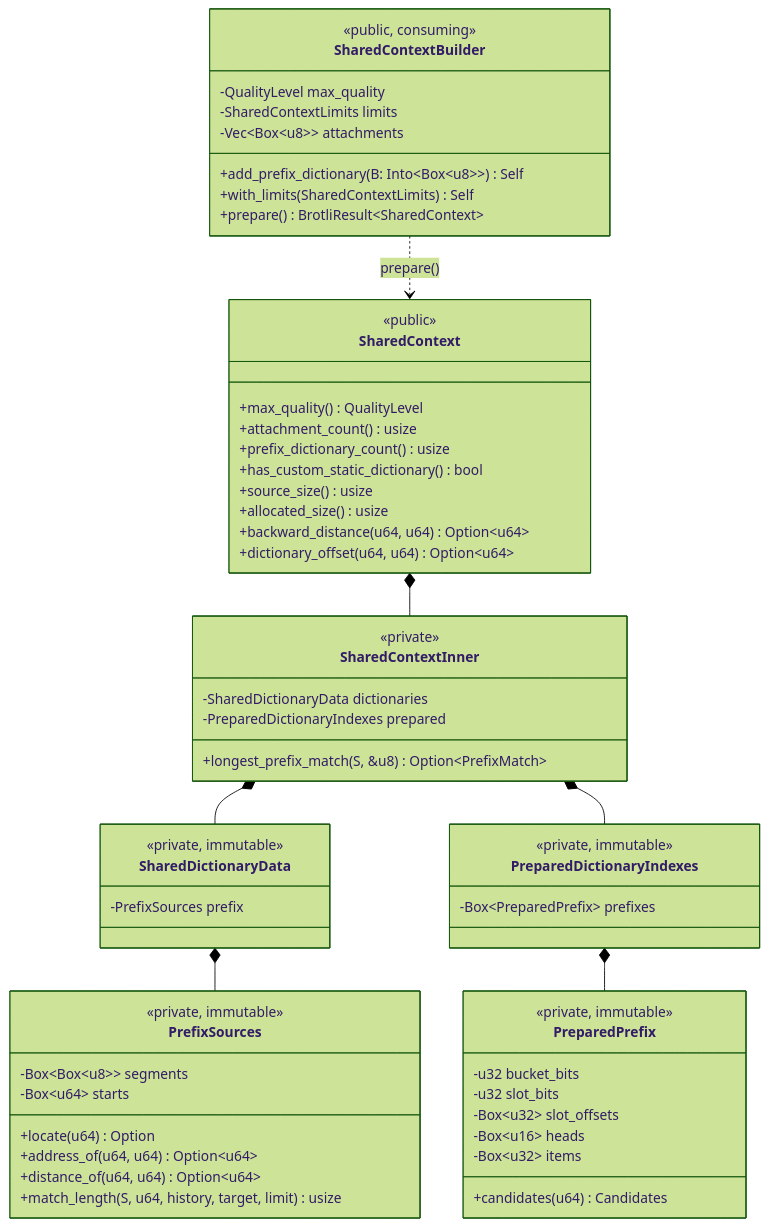
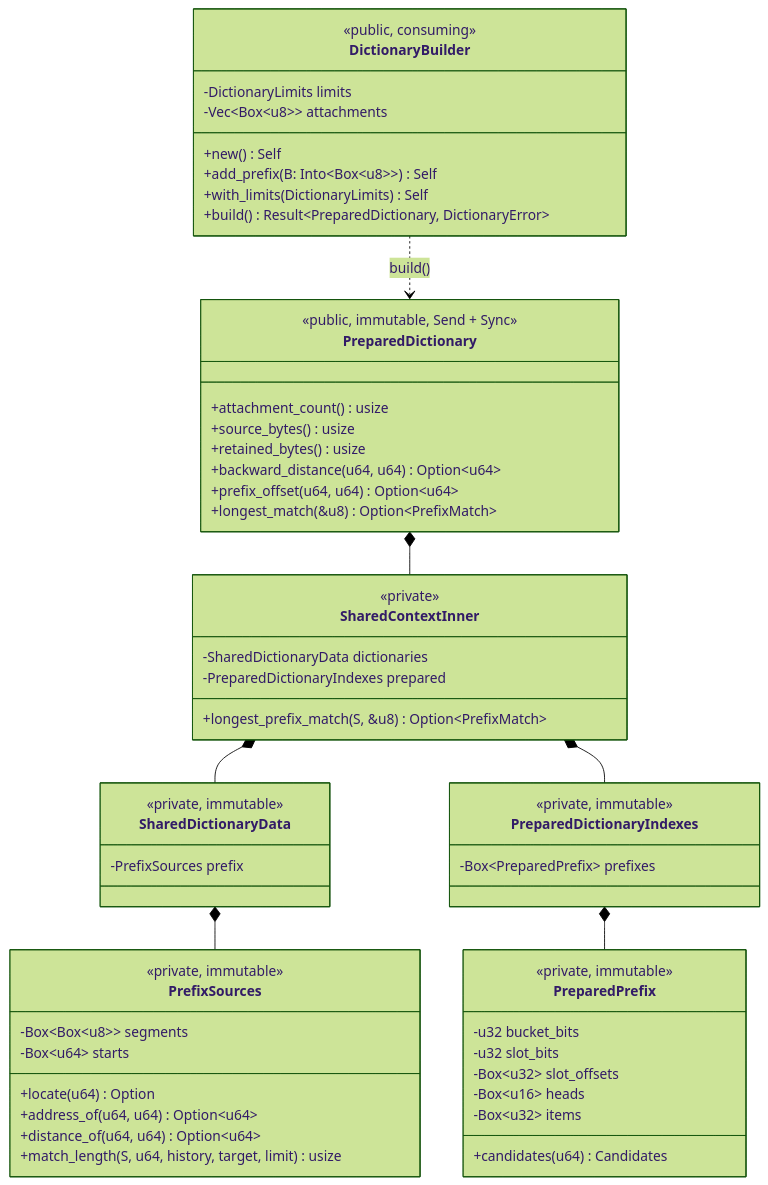
One commit to Mnwa/mbrotli changed the fifth of 13 diagrams in architecture/shared-brotli.md. Above: the diagram before and after it, drawn with Mermaid (forest theme). The commit also changed other lines of this file and 104 other files, not shown here.

````diff
--- a/architecture/shared-brotli.md
+++ b/architecture/shared-brotli.md
@@ -260,61 +274,59 @@
 ```mermaid
 classDiagram
-    class SharedContextBuilder {
+    class DictionaryBuilder {
         <<public, consuming>>
-        -QualityLevel max_quality
-        -SharedContextLimits limits
+        -DictionaryLimits limits
         -Vec~Box~u8~~ attachments
-        +add_prefix_dictionary(B: Into~Box~u8~~) Self
-        +with_limits(SharedContextLimits) Self
-        +prepare() BrotliResult~SharedContext~
+        +new() Self
+        +add_prefix(B: Into~Box~u8~~) Self
+        +with_limits(DictionaryLimits) Self
+        +build() Result~PreparedDictionary, DictionaryError~
     }
-    class SharedContext {
-        <<public>>
-        +max_quality() QualityLevel
+    class PreparedDictionary {
+        <<public, immutable, Send + Sync>>
         +attachment_count() usize
-        +prefix_dictionary_count() usize
-        +has_custom_static_dictionary() bool
-        +source_size() usize
-        +allocated_size() usize
+        +source_bytes() usize
+        +retained_bytes() usize
         +backward_distance(u64, u64) Option~u64~
-        +dictionary_offset(u64, u64) Option~u64~
+        +prefix_offset(u64, u64) Option~u64~
+        +longest_match(&u8) Option~PrefixMatch~
     }
     class SharedContextInner {
         <<private>>
         -SharedDictionaryData dictionaries
         -PreparedDictionaryIndexes prepared
         +longest_prefix_match(S, &u8) Option~PrefixMatch~
     }
     class SharedDictionaryData {
         <<private, immutable>>
         -PrefixSources prefix
     }
     class PrefixSources {
         <<private, immutable>>
         -Box~Box~u8~~ segments
         -Box~u64~ starts
         +locate(u64) Option
         +address_of(u64, u64) Option~u64~
         +distance_of(u64, u64) Option~u64~
         +match_length(S, u64, history, target, limit) usize
     }
     class PreparedDictionaryIndexes {
         <<private, immutable>>
         -Box~PreparedPrefix~ prefixes
     }
     class PreparedPrefix {
         <<private, immutable>>
         -u32 bucket_bits
         -u32 slot_bits
         -Box~u32~ slot_offsets
         -Box~u16~ heads
         -Box~u32~ items
         +candidates(u64) Candidates
     }
-    SharedContextBuilder ..> SharedContext : prepare()
-    SharedContext *-- SharedContextInner
+    DictionaryBuilder ..> PreparedDictionary : build()
+    PreparedDictionary *-- SharedContextInner
     SharedContextInner *-- SharedDictionaryData
     SharedContextInner *-- PreparedDictionaryIndexes
     SharedDictionaryData *-- PrefixSources
     PreparedDictionaryIndexes *-- PreparedPrefix
 ```
````
